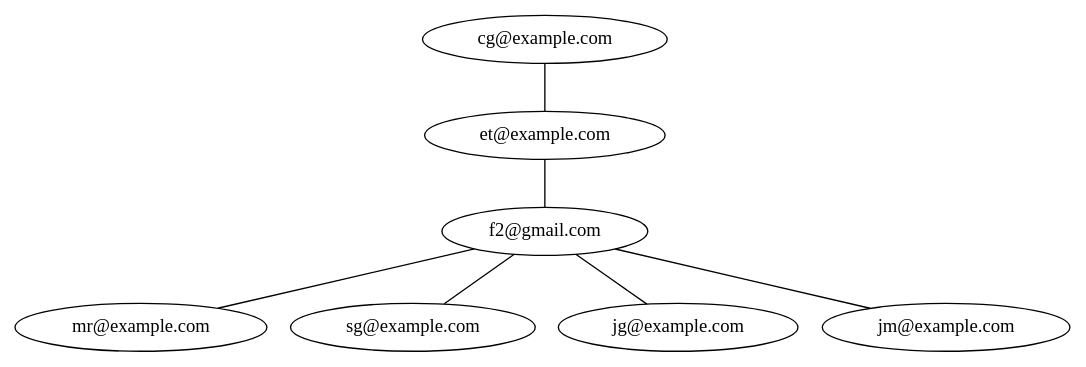
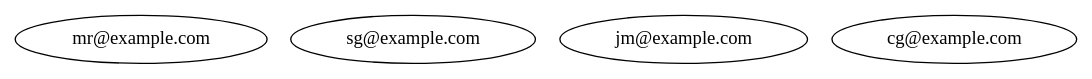
The diagram in Fase3/main/build/Desktop_Qt_6_7_2_MinGW_64_bit-Debug/grafo.dot (Kevin-alvarez1/PROYECTO_MULTIFASES_RED_SOCIAL), drawn with Graphviz before and after one commit. The commit also changed 27 other files, not shown here.

```diff
--- a/Fase3/main/build/Desktop_Qt_6_7_2_MinGW_64_bit-Debug/grafo.dot
+++ b/Fase3/main/build/Desktop_Qt_6_7_2_MinGW_64_bit-Debug/grafo.dot
@@ -1,15 +1,6 @@
 digraph G {
-"f2@gmail.com"[label="f2@gmail.com"];
-"f2@gmail.com" -> "mr@example.com"[dir=none];
-"f2@gmail.com" -> "sg@example.com"[dir=none];
-"f2@gmail.com" -> "jg@example.com"[dir=none];
-"f2@gmail.com" -> "jm@example.com"[dir=none];
 "mr@example.com"[label="mr@example.com"];
 "sg@example.com"[label="sg@example.com"];
-"jg@example.com"[label="jg@example.com"];
 "jm@example.com"[label="jm@example.com"];
-"et@example.com"[label="et@example.com"];
-"et@example.com" -> "f2@gmail.com"[dir=none];
 "cg@example.com"[label="cg@example.com"];
-"cg@example.com" -> "et@example.com"[dir=none];
 }
```
